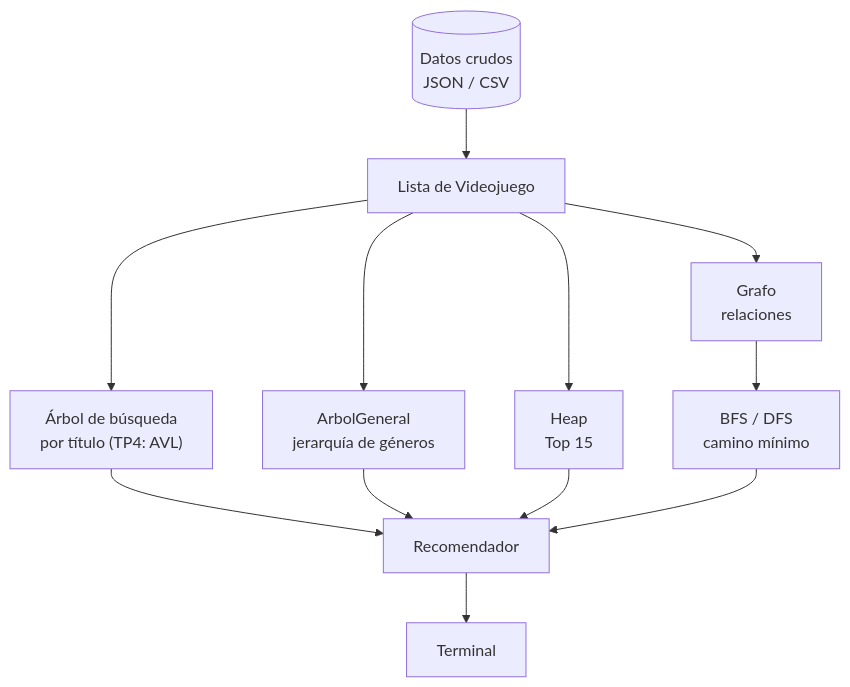
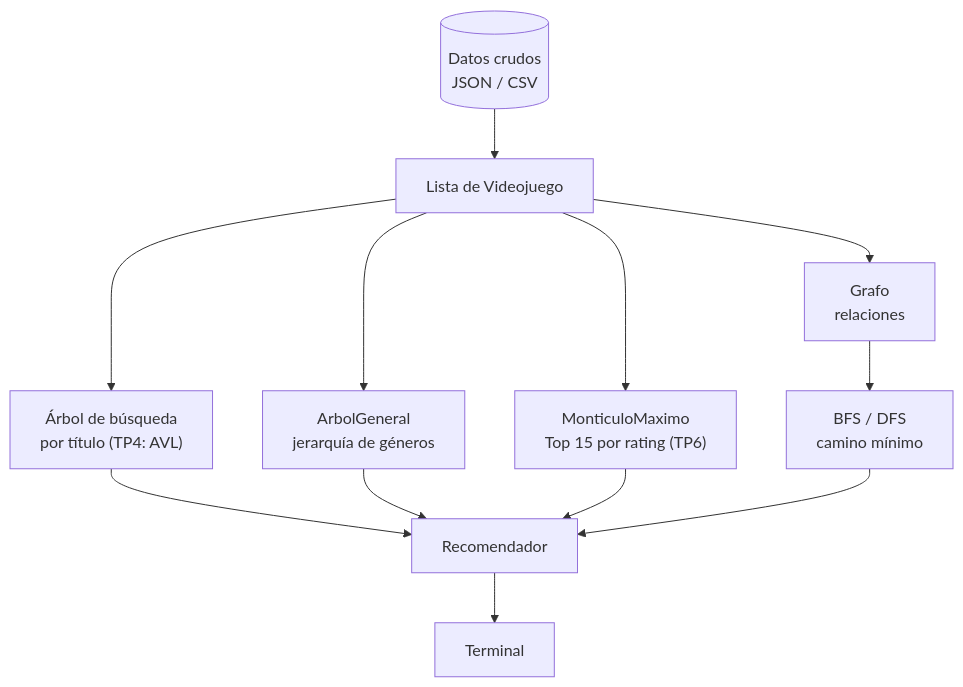
Before and after one commit to Dasein369/tpi_edd2026_recomendador: the second of 2 diagrams in docs/04_diagrama_datos.md, drawn with Mermaid. The commit also changed other lines of this file and 6 other files, not shown here.

````diff
--- a/docs/04_diagrama_datos.md
+++ b/docs/04_diagrama_datos.md
@@ -51,14 +59,14 @@
 ```mermaid
 flowchart TD
     A[("Datos crudos<br/>JSON / CSV")] --> B["Lista de Videojuego"]
     B --> C["Árbol de búsqueda<br/>por título (TP4: AVL)"]
     B --> D["ArbolGeneral<br/>jerarquía de géneros"]
-    B --> E["Heap<br/>Top 15"]
+    B --> E["MonticuloMaximo<br/>Top 15 por rating (TP6)"]
     B --> F["Grafo<br/>relaciones"]
     F --> G["BFS / DFS<br/>camino mínimo"]
     C --> H["Recomendador"]
     D --> H
     E --> H
     G --> H
     H --> I["Terminal"]
 ```
````
